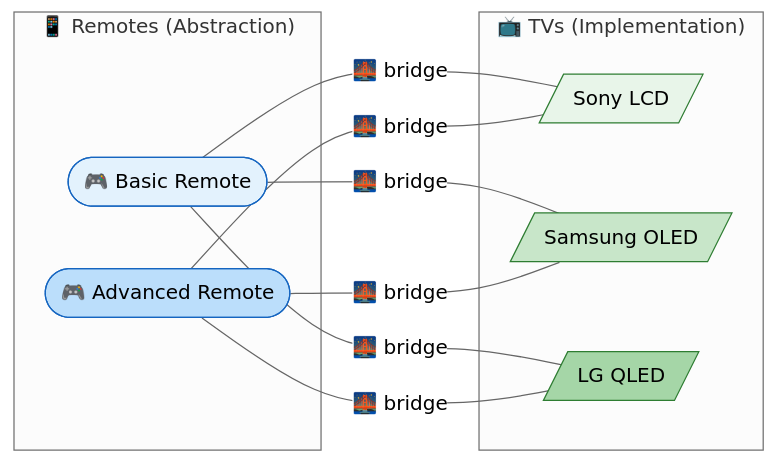
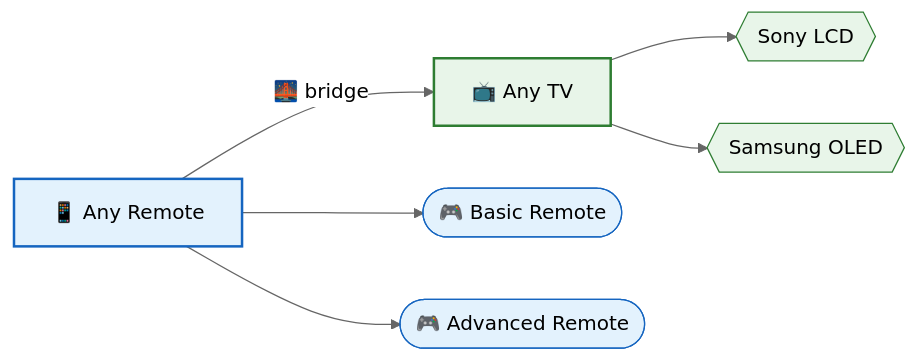
Before and after one commit to saivamsikaruturi/vamsilabs-dev-notes-main: the first of 4 diagrams in docs/designpatterns/structuralDesignPatterns/BridgeDesignPattern.md, drawn with Mermaid (neutral theme). The commit also changed other lines of this file and 42 other files, not shown here.

````diff
--- a/docs/designpatterns/structuralDesignPatterns/BridgeDesignPattern.md
+++ b/docs/designpatterns/structuralDesignPatterns/BridgeDesignPattern.md
@@ -12,26 +12,15 @@
 ```mermaid
 flowchart LR
-    subgraph Remotes["📱 Remotes (Abstraction)"]
-        R1(["🎮 Basic Remote"])
-        R2(["🎮 Advanced Remote"])
-    end
-    
-    subgraph TVs["📺 TVs (Implementation)"]
-        T1[/"Sony LCD"/]
-        T2[/"Samsung OLED"/]
-        T3[/"LG QLED"/]
-    end
-    
-    R1 ---|🌉 bridge| T1
-    R1 ---|🌉 bridge| T2
-    R1 ---|🌉 bridge| T3
-    R2 ---|🌉 bridge| T1
-    R2 ---|🌉 bridge| T2
-    R2 ---|🌉 bridge| T3
-    
-    style R1 fill:#E3F2FD,stroke:#1565C0,color:#000
-    style R2 fill:#BBDEFB,stroke:#1565C0,color:#000
-    style T1 fill:#E8F5E9,stroke:#2E7D32,color:#000
-    style T2 fill:#C8E6C9,stroke:#2E7D32,color:#000
-    style T3 fill:#A5D6A7,stroke:#2E7D32,color:#000
+    R["📱 Any Remote"] -->|"🌉 bridge"| T["📺 Any TV"]
+    R --> Note1(["🎮 Basic Remote"])
+    R --> Note2(["🎮 Advanced Remote"])
+    T --> Note3{{"Sony LCD"}}
+    T --> Note4{{"Samsung OLED"}}
+
+    style R fill:#E3F2FD,stroke:#1565C0,stroke-width:2px,color:#000
+    style T fill:#E8F5E9,stroke:#2E7D32,stroke-width:2px,color:#000
+    style Note1 fill:#E3F2FD,stroke:#1565C0,color:#000
+    style Note2 fill:#E3F2FD,stroke:#1565C0,color:#000
+    style Note3 fill:#E8F5E9,stroke:#2E7D32,color:#000
+    style Note4 fill:#E8F5E9,stroke:#2E7D32,color:#000
 ```
````
